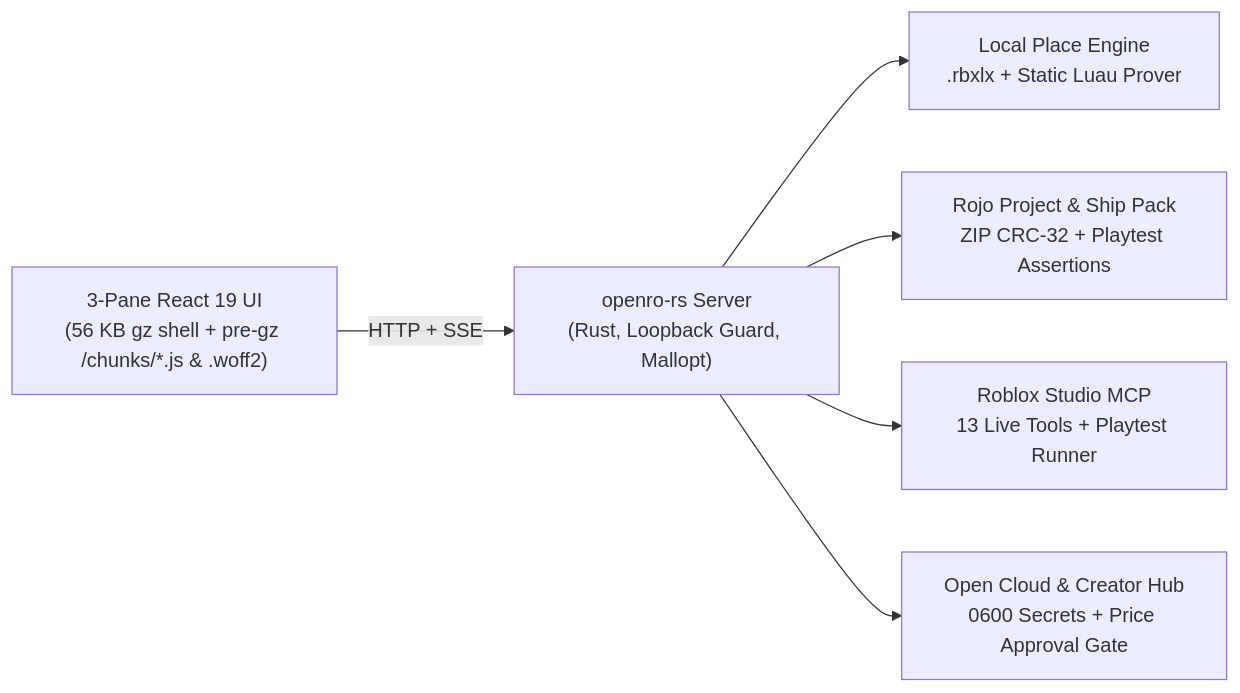
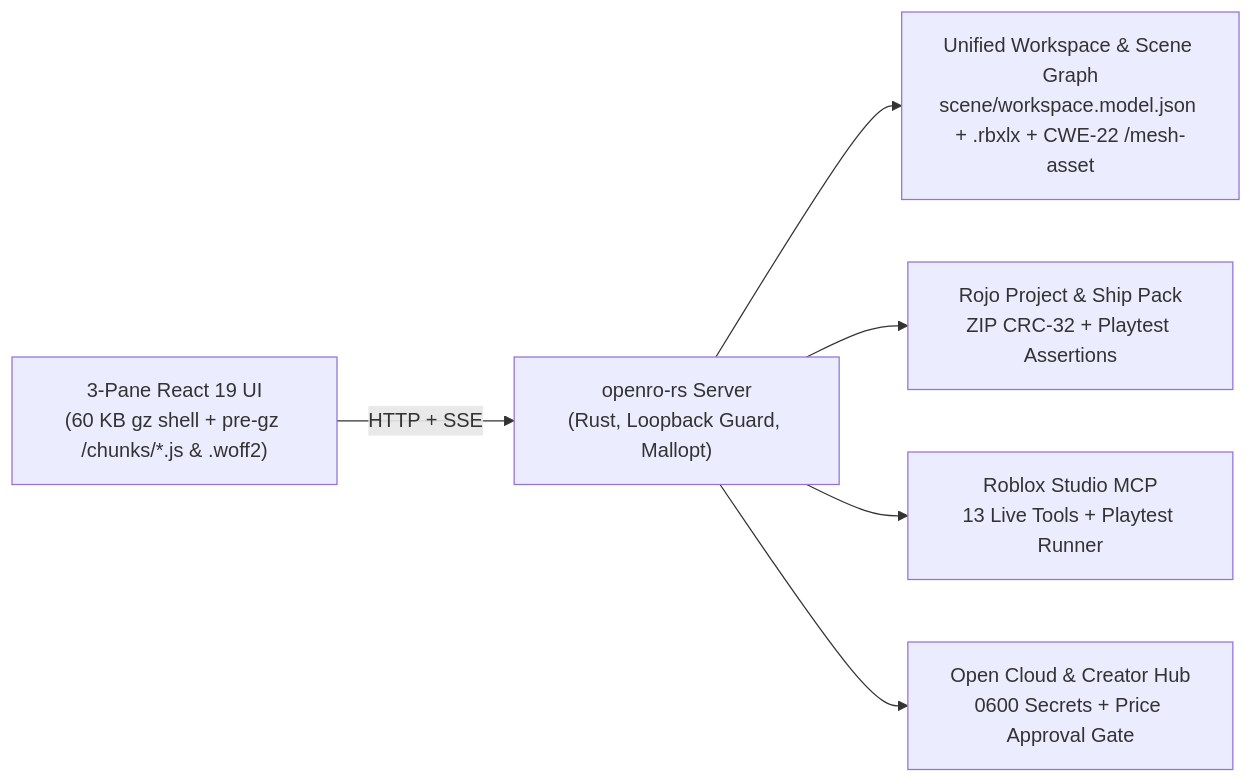
One commit to cayleb-james2008/open-ro changed the diagram in README.md. Above: the diagram before and after it, drawn with Mermaid. The commit also changed other lines of this file and 13 other files, not shown here.

````diff
--- a/README.md
+++ b/README.md
@@ -54,8 +64,8 @@
 ```mermaid
 flowchart LR
-  UI["3-Pane React 19 UI<br/>(56 KB gz shell + pre-gz /chunks/*.js & .woff2)"] -->|HTTP + SSE| SRV["openro-rs Server<br/>(Rust, Loopback Guard, Mallopt)"]
-  SRV --> LP["Local Place Engine<br/>.rbxlx + Static Luau Prover"]
+  UI["3-Pane React 19 UI<br/>(60 KB gz shell + pre-gz /chunks/*.js & .woff2)"] -->|HTTP + SSE| SRV["openro-rs Server<br/>(Rust, Loopback Guard, Mallopt)"]
+  SRV --> LP["Unified Workspace &amp; Scene Graph<br/>scene/workspace.model.json + .rbxlx + CWE-22 /mesh-asset"]
   SRV --> PJ["Rojo Project &amp; Ship Pack<br/>ZIP CRC-32 + Playtest Assertions"]
   SRV --> MCP["Roblox Studio MCP<br/>13 Live Tools + Playtest Runner"]
   SRV --> OC["Open Cloud &amp; Creator Hub<br/>0600 Secrets + Price Approval Gate"]
 ```
````
